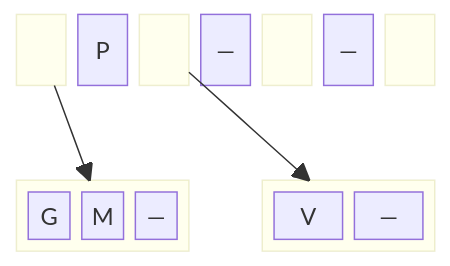
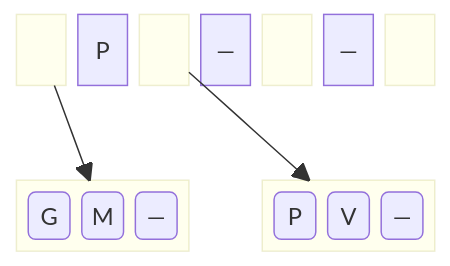
The second of 3 diagrams in Assuntos/busca-ext.md (BenhurUFSM/pod26b), drawn with Mermaid before and after one commit.

````diff
--- a/Assuntos/busca-ext.md
+++ b/Assuntos/busca-ext.md
@@ -7,12 +7,12 @@
 ```mermaid
 block
   columns 7
-  block:rl1 space end P block:rl2 space end rf1["—"] block:rl3 space end rf2["—"] block:rl4 space end
+  block:rl1 space end P block:rl2 space end rb["—"] block:rl3 space end rc["—"] block:rl4 space end
   space:7
 
-  block:f1:3 G M f1f1["—"] end space
-  block:f2:3 P V f2f1["—"] end
+  block:f1:3 f1a("G") f1b("M") f1c("—") end space
+  block:f2:3 f2a("P") f2b("V") f2c("—") end
 
   rl1-->f1
   rl2-->f2
 ```
````
